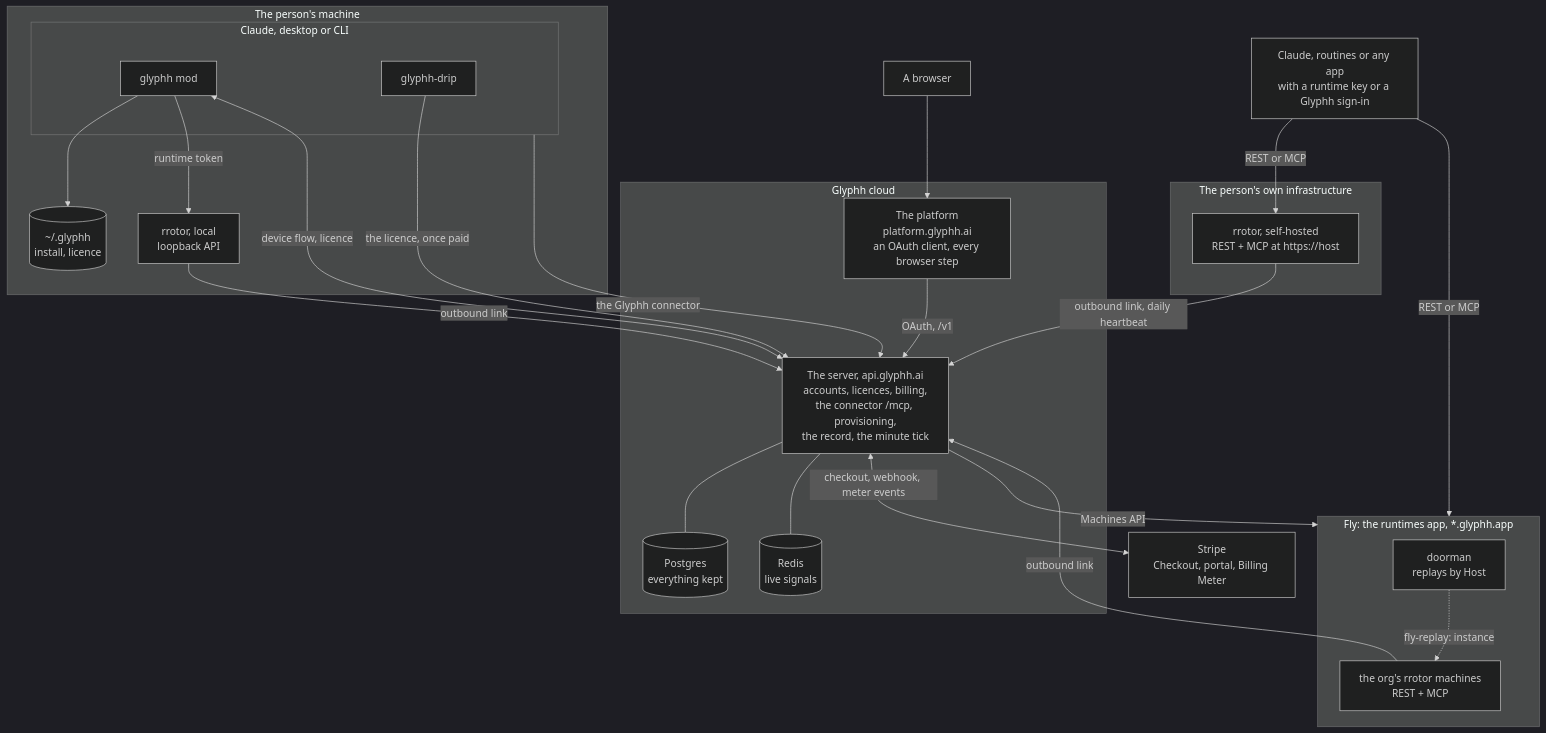
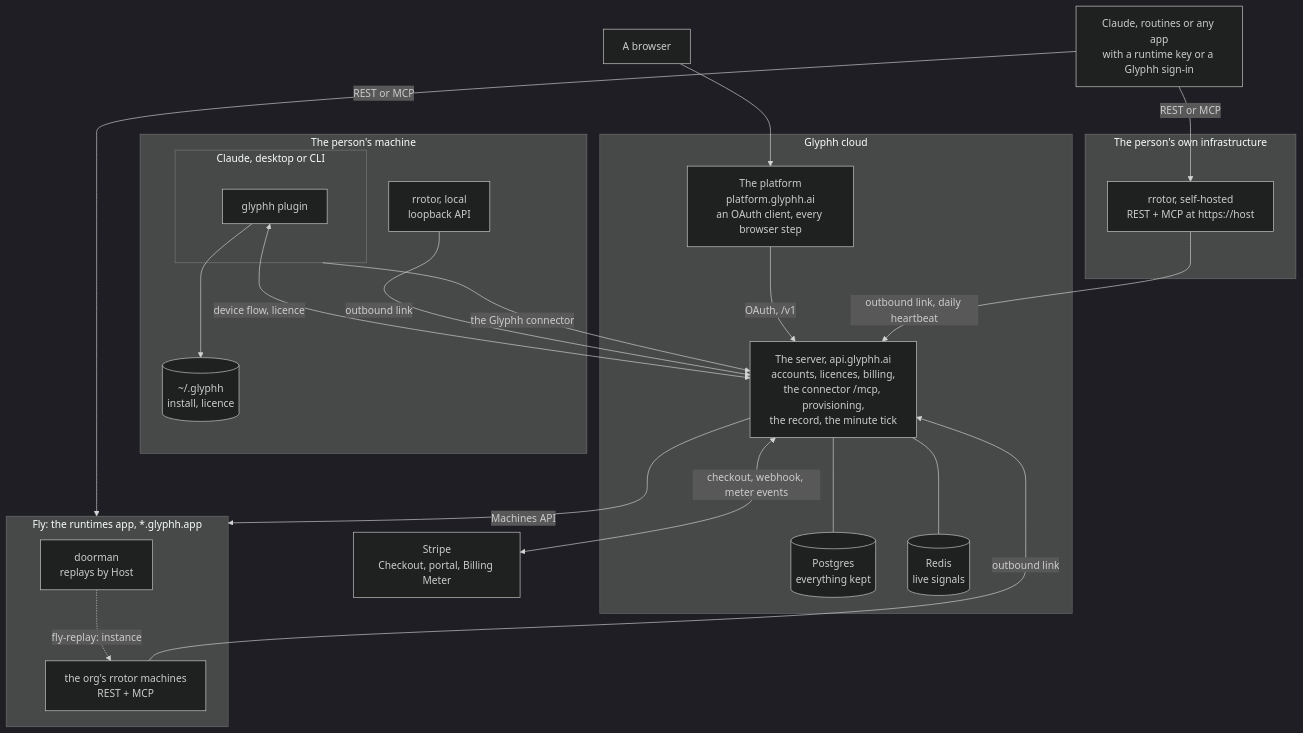
One commit to glyphh-ai/server changed the first of 5 diagrams in docs/architecture.md. Above: the diagram before and after it, drawn with Mermaid (dark theme). The commit also changed other lines of this file and 1 other file, not shown here.

Commit message:
Architecture: today's developer surface (one glyphh plugin, the glyphh SDKs, glyphh-ai/glyphh), Not built yet refreshed, plans and Enterprise left to pricing.md, repetition cut

````diff
--- a/docs/architecture.md
+++ b/docs/architecture.md
@@ -25,49 +23,46 @@
 ```mermaid
 flowchart TB
     subgraph Machine["The person's machine"]
         subgraph Claude["Claude, desktop or CLI"]
-            Base["glyphh mod"]
-            Fun["glyphh-drip"]
+            Base["glyphh plugin"]
         end
         LocalRotor["rrotor, local<br/>loopback API"]
         Local[("~/.glyphh<br/>install, licence")]
         Base --> Local
-        Base -- "runtime token" --> LocalRotor
     end
 
     Browser["A browser"]
     Callers["Claude, routines or any app<br/>with a runtime key or a Glyphh sign-in"]
     Stripe["Stripe<br/>Checkout, portal, Billing Meter"]
 
     subgraph Cloud["Glyphh cloud"]
         Platform["The platform<br/>platform.glyphh.ai<br/>an OAuth client, every browser step"]
         API["The server, api.glyphh.ai<br/>accounts, licences, billing,<br/>the connector /mcp, provisioning,<br/>the record, the minute tick"]
         DB[("Postgres<br/>everything kept")]
         Redis[("Redis<br/>live signals")]
         Platform -- "OAuth, /v1" --> API
         API --- DB
         API --- Redis
     end
 
     subgraph Fly["Fly: the runtimes app, *.glyphh.app"]
         Door["doorman<br/>replays by Host"]
         Rotor["the org's rrotor machines<br/>REST + MCP"]
         Door -. "fly-replay: instance" .-> Rotor
     end
 
     subgraph Own["The person's own infrastructure"]
         Self["rrotor, self-hosted<br/>REST + MCP at https://host"]
     end
 
     Browser --> Platform
     Base <-- "device flow, licence" --> API
-    Fun -- "the licence, once paid" --> API
     Claude -- "the Glyphh connector" --> API
     Callers -- "REST or MCP" --> Fly
     Callers -- "REST or MCP" --> Self
     Rotor -- "outbound link" --> API
     LocalRotor -- "outbound link" --> API
     Self -- "outbound link, daily heartbeat" --> API
     API -- "Machines API" --> Fly
     API <-- "checkout, webhook, meter events" --> Stripe
 ```
````
